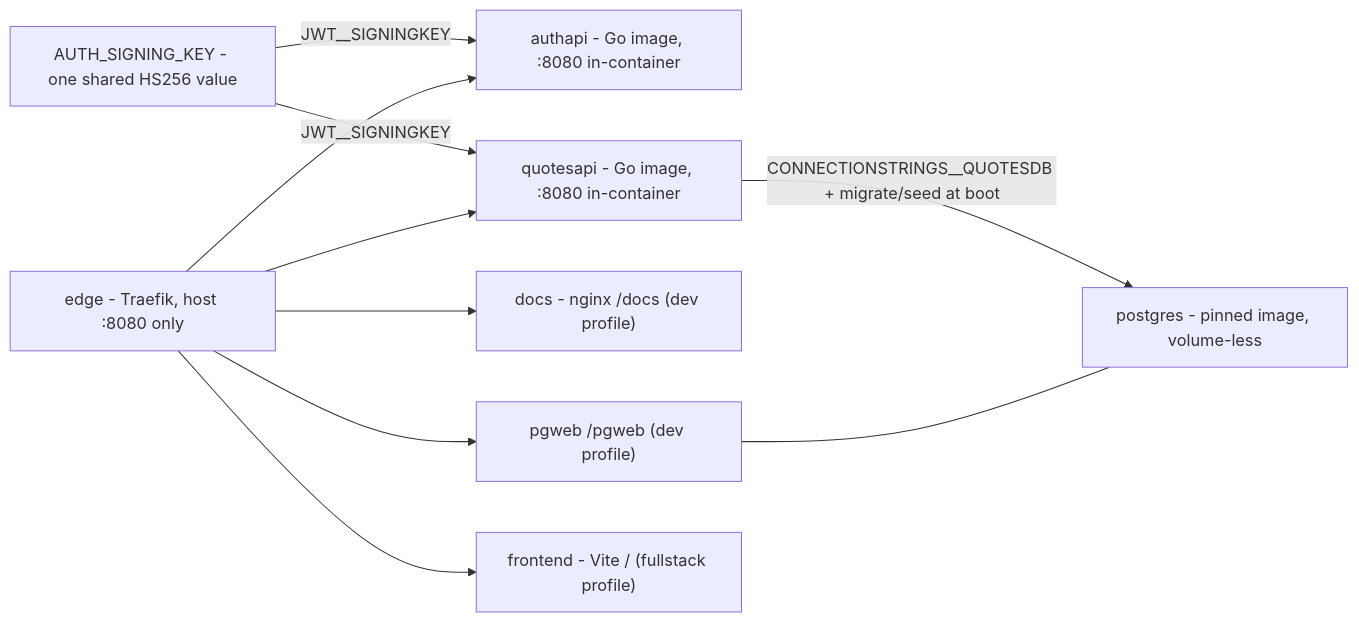
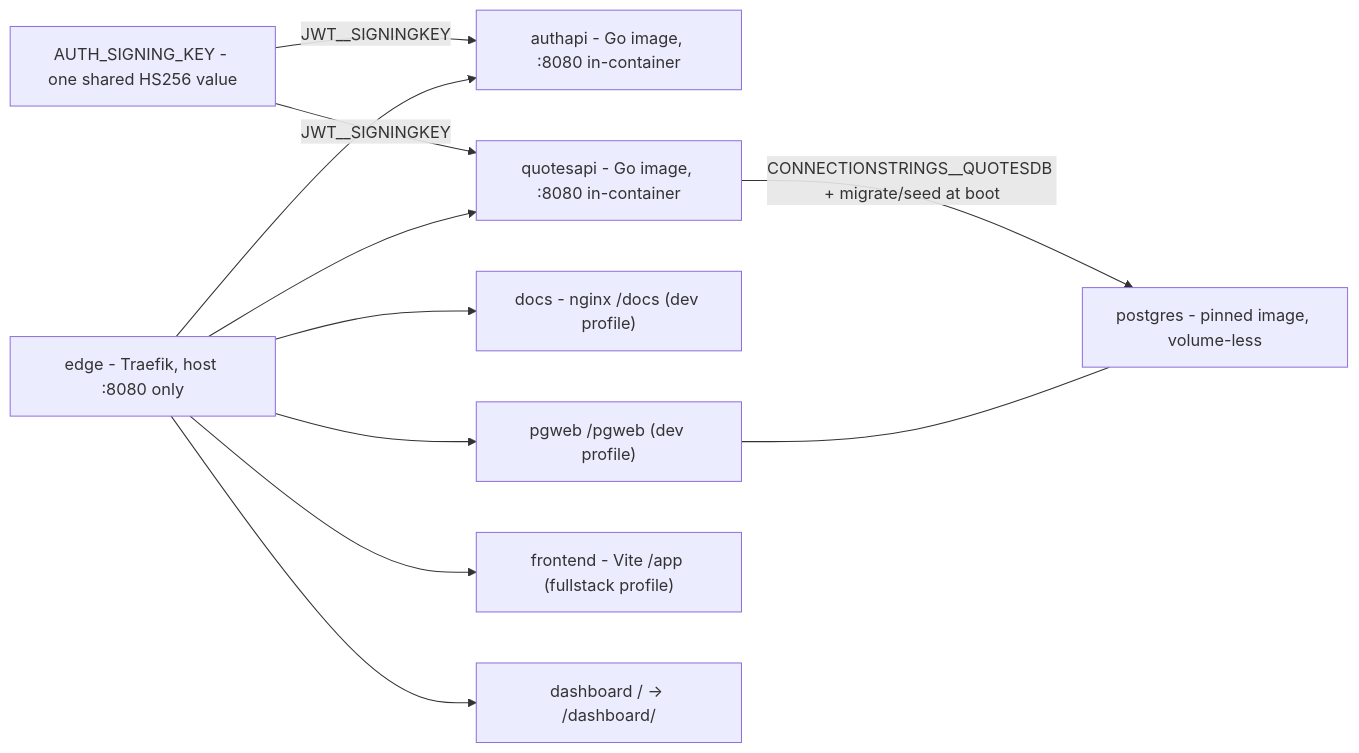
The second of 3 diagrams in docs/system-design.md (josnelihurt/code.examples.go.quotes), drawn with Mermaid before and after one commit. The commit also changed other lines of this file and 8 other files, not shown here.

Commit message:
feat: serve the traefik dashboard as the edge default route

````diff
--- a/docs/system-design.md
+++ b/docs/system-design.md
@@ -40,21 +42,23 @@
 ```mermaid
 flowchart LR
   key["AUTH_SIGNING_KEY - one shared HS256 value"]
   pg["postgres - pinned image, volume-less"]
   auth["authapi - Go image, :8080 in-container"]
   quotes["quotesapi - Go image, :8080 in-container"]
   edge["edge - Traefik, host :8080 only"]
   docs["docs - nginx /docs (dev profile)"]
   pgweb["pgweb /pgweb (dev profile)"]
-  vite["frontend - Vite / (fullstack profile)"]
+  vite["frontend - Vite /app (fullstack profile)"]
+  dash["dashboard / → /dashboard/"]
 
   key -->|"JWT__SIGNINGKEY"| auth
   key -->|"JWT__SIGNINGKEY"| quotes
   quotes -->|"CONNECTIONSTRINGS__QUOTESDB + migrate/seed at boot"| pg
   pgweb --- pg
   edge --> auth
   edge --> quotes
   edge --> docs
   edge --> pgweb
   edge --> vite
+  edge --> dash
 ```
````
